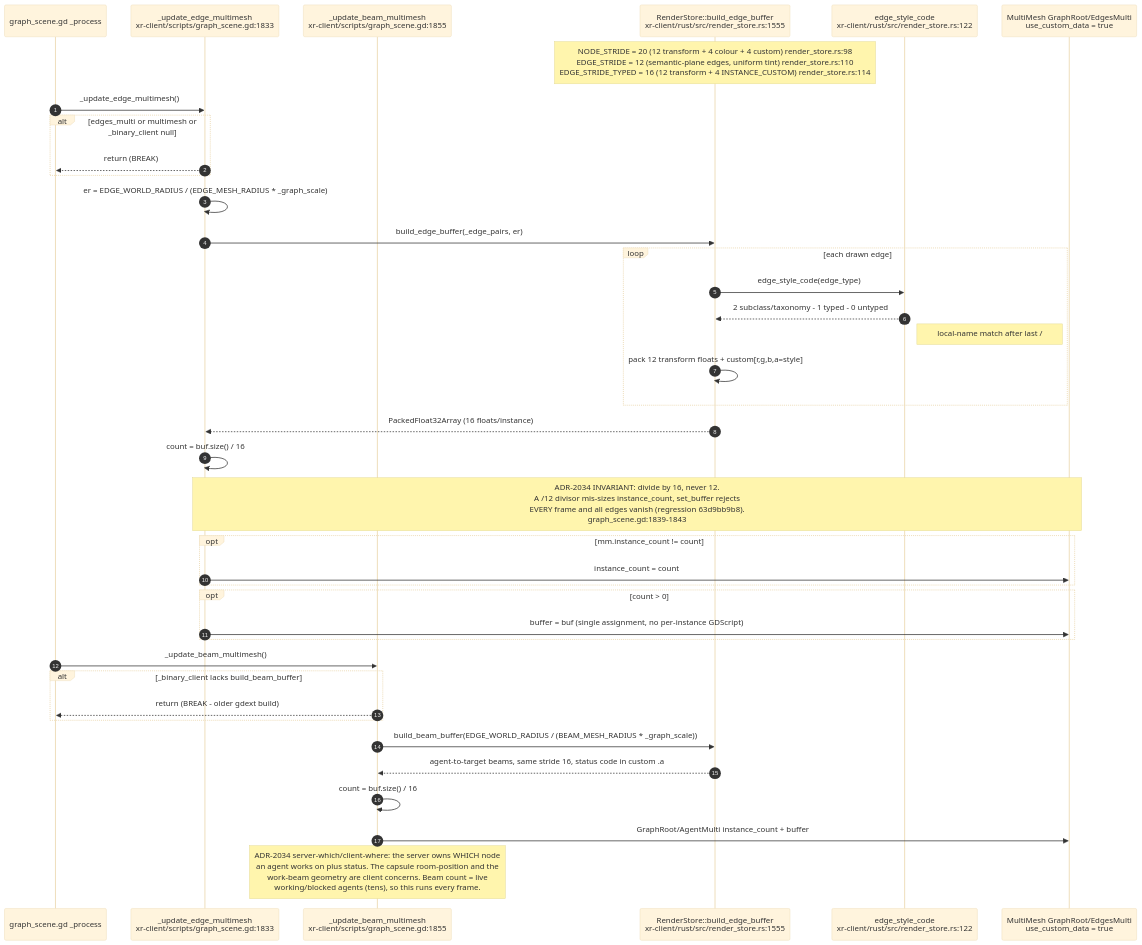
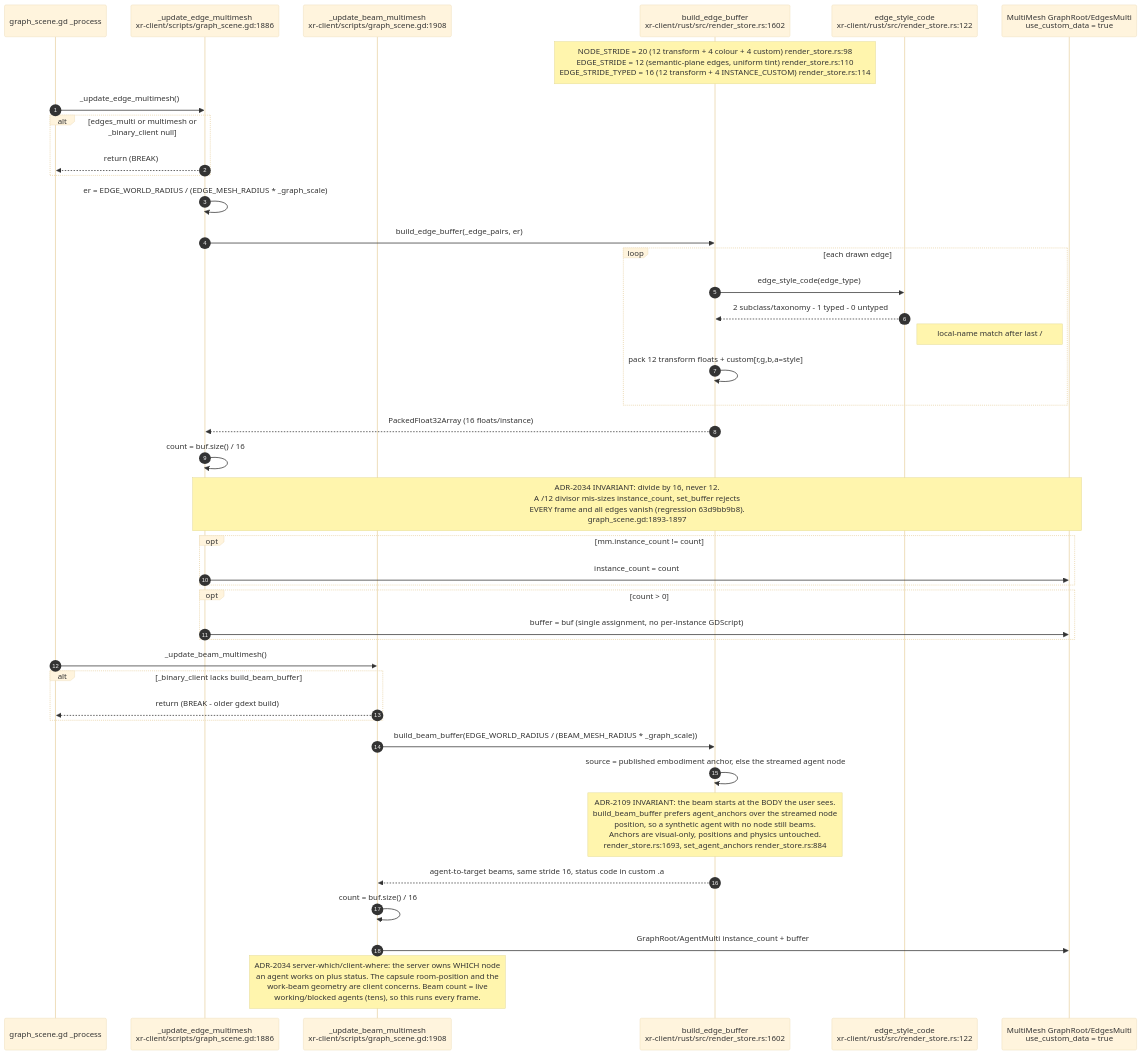
Before and after one commit to DreamLab-AI/VisionFlow: the seventh of 24 diagrams in docs/diagrams/visionclaw/36-godot-xr-client.md, drawn with Mermaid (base theme). The commit also changed other lines of this file and 32 other files, not shown here.

````diff
--- a/docs/diagrams/visionclaw/36-godot-xr-client.md
+++ b/docs/diagrams/visionclaw/36-godot-xr-client.md
@@ -335,42 +344,44 @@
 ```mermaid
 sequenceDiagram
     autonumber
     participant GD as graph_scene.gd _process
-    participant UE as _update_edge_multimesh<br/>xr-client/scripts/graph_scene.gd:1833
-    participant UB as _update_beam_multimesh<br/>xr-client/scripts/graph_scene.gd:1855
-    participant RS as RenderStore::build_edge_buffer<br/>xr-client/rust/src/render_store.rs:1555
+    participant UE as _update_edge_multimesh<br/>xr-client/scripts/graph_scene.gd:1886
+    participant UB as _update_beam_multimesh<br/>xr-client/scripts/graph_scene.gd:1908
+    participant RS as build_edge_buffer<br/>xr-client/rust/src/render_store.rs:1602
     participant SC as edge_style_code<br/>xr-client/rust/src/render_store.rs:122
     participant MM as MultiMesh GraphRoot/EdgesMulti<br/>use_custom_data = true
 
     Note over RS: NODE_STRIDE = 20 (12 transform + 4 colour + 4 custom) render_store.rs:98<br/>EDGE_STRIDE = 12 (semantic-plane edges, uniform tint) render_store.rs:110<br/>EDGE_STRIDE_TYPED = 16 (12 transform + 4 INSTANCE_CUSTOM) render_store.rs:114
     GD->>UE: _update_edge_multimesh()
     alt edges_multi or multimesh or _binary_client null
         UE-->>GD: return (BREAK)
     end
     UE->>UE: er = EDGE_WORLD_RADIUS / (EDGE_MESH_RADIUS * _graph_scale)
     UE->>RS: build_edge_buffer(_edge_pairs, er)
     loop each drawn edge
         RS->>SC: edge_style_code(edge_type)
         SC-->>RS: 2 subclass/taxonomy - 1 typed - 0 untyped
         Note right of SC: local-name match after last / # or :<br/>case-insensitive render_store.rs:116-124
         RS->>RS: pack 12 transform floats + custom[r,g,b,a=style]
     end
     RS-->>UE: PackedFloat32Array (16 floats/instance)
     UE->>UE: count = buf.size() / 16
-    Note over UE,MM: ADR-2034 INVARIANT: divide by 16, never 12.<br/>A /12 divisor mis-sizes instance_count, set_buffer rejects<br/>EVERY frame and all edges vanish (regression 63d9bb9b8).<br/>graph_scene.gd:1839-1843
+    Note over UE,MM: ADR-2034 INVARIANT: divide by 16, never 12.<br/>A /12 divisor mis-sizes instance_count, set_buffer rejects<br/>EVERY frame and all edges vanish (regression 63d9bb9b8).<br/>graph_scene.gd:1893-1897
     opt mm.instance_count != count
         UE->>MM: instance_count = count
     end
     opt count > 0
         UE->>MM: buffer = buf (single assignment, no per-instance GDScript)
     end
     GD->>UB: _update_beam_multimesh()
     alt _binary_client lacks build_beam_buffer
         UB-->>GD: return (BREAK - older gdext build)
     end
     UB->>RS: build_beam_buffer(EDGE_WORLD_RADIUS / (BEAM_MESH_RADIUS * _graph_scale))
+    RS->>RS: source = published embodiment anchor, else the streamed agent node
+    Note over RS: ADR-2109 INVARIANT: the beam starts at the BODY the user sees.<br/>build_beam_buffer prefers agent_anchors over the streamed node<br/>position, so a synthetic agent with no node still beams.<br/>Anchors are visual-only, positions and physics untouched.<br/>render_store.rs:1693, set_agent_anchors render_store.rs:884
     RS-->>UB: agent-to-target beams, same stride 16, status code in custom .a
     UB->>UB: count = buf.size() / 16
     UB->>MM: GraphRoot/AgentMulti instance_count + buffer
     Note over UB: ADR-2034 server-which/client-where: the server owns WHICH node<br/>an agent works on plus status. The capsule room-position and the<br/>work-beam geometry are client concerns. Beam count = live<br/>working/blocked agents (tens), so this runs every frame.
 ```
````
